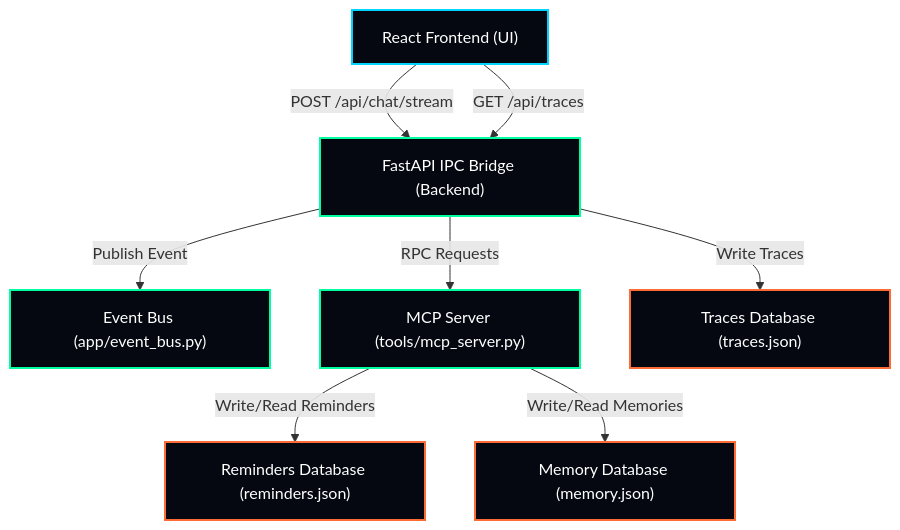
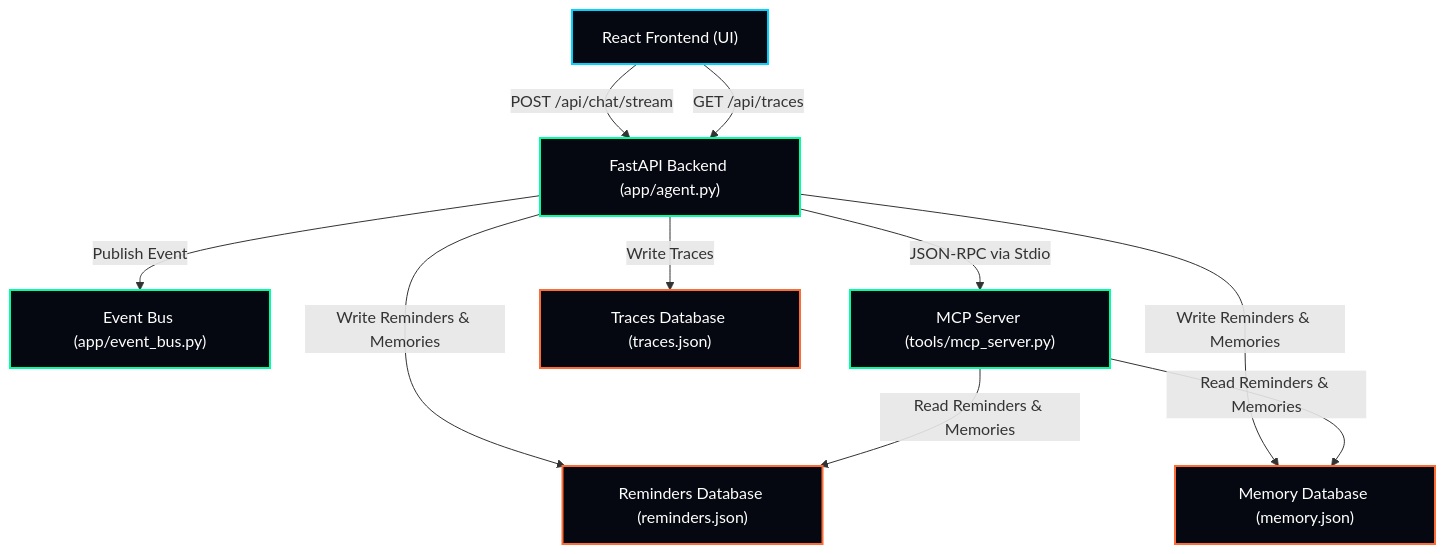
One commit to Mithunvisvesh/jarvis changed the first of 3 diagrams in jarvis/ARCHITECTURE.md. Above: the diagram before and after it, drawn with Mermaid. The commit also changed other lines of this file and 7 other files, not shown here.

Commit message:
docs & ui: restore StatusBar, add slide-in animations, style empty states, and polish architecture docs

````diff
--- a/jarvis/ARCHITECTURE.md
+++ b/jarvis/ARCHITECTURE.md
@@ -11,25 +11,25 @@
 ```mermaid
 graph TD
     %% Styling
     classDef React fill:#050810,stroke:#00D4FF,stroke-width:2px,color:#fff;
     classDef FastAPI fill:#050810,stroke:#00FF9F,stroke-width:2px,color:#fff;
     classDef Storage fill:#050810,stroke:#FF6B35,stroke-width:2px,color:#fff;
     
     %% Nodes
     A["React Frontend (UI)"]:::React
-    B["FastAPI IPC Bridge (Backend)"]:::FastAPI
+    B["FastAPI Backend (app/agent.py)"]:::FastAPI
     C["Event Bus (app/event_bus.py)"]:::FastAPI
     D["MCP Server (tools/mcp_server.py)"]:::FastAPI
     E["Reminders Database (reminders.json)"]:::Storage
     F["Memory Database (memory.json)"]:::Storage
     G["Traces Database (traces.json)"]:::Storage
 
     %% Connections
     A -->|POST /api/chat/stream| B
     A -->|GET /api/traces| B
     B -->|Publish Event| C
-    B -->|RPC Requests| D
-    D -->|Write/Read Reminders| E
-    D -->|Write/Read Memories| F
+    B -->|Write Reminders & Memories| E & F
     B -->|Write Traces| G
+    B -->|JSON-RPC via Stdio| D
+    D -->|Read Reminders & Memories| E & F
 ```
````
